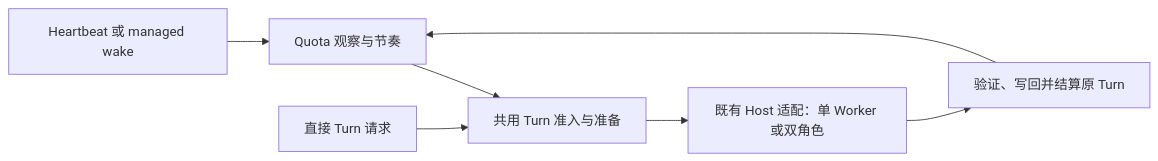
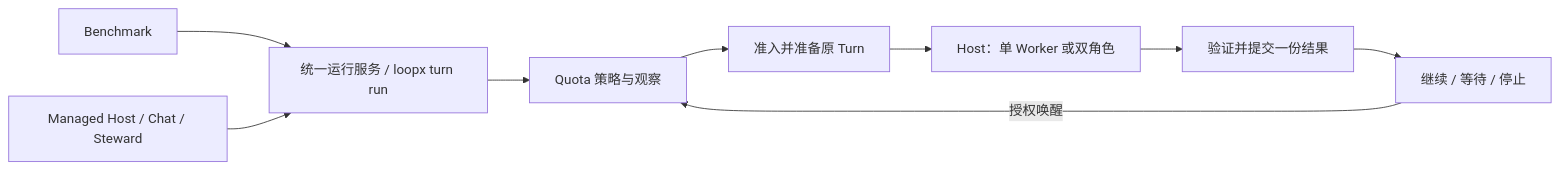
One commit to loopx-project/loopx changed the ninth of 10 diagrams in docs/architecture/rfcs/controller-executor-unified-contract-v0.zh-CN.md. Above: the diagram before and after it, drawn with Mermaid. The commit also changed other lines of this file and 4 other files, not shown here.

````diff
--- a/docs/architecture/rfcs/controller-executor-unified-contract-v0.zh-CN.md
+++ b/docs/architecture/rfcs/controller-executor-unified-contract-v0.zh-CN.md
@@ -875,9 +882,11 @@
 ```mermaid
 flowchart LR
-  H[Heartbeat 或 managed wake] --> O[Quota 观察与节奏]
-  O --> A[共用 Turn 准入与准备]
-  D[直接 Turn 请求] --> A
-  A --> X[既有 Host 适配：单 Worker 或双角色]
-  X --> V[验证、写回并结算原 Turn]
-  V --> O
+  B[Benchmark] --> R[统一运行服务 / loopx turn run]
+  P[Managed Host / Chat / Steward] --> R
+  R --> Q[Quota 策略与观察]
+  Q --> A[准入并准备原 Turn]
+  A --> X[Host：单 Worker 或双角色]
+  X --> V[验证并提交一份结果]
+  V --> W[继续 / 等待 / 停止]
+  W -->|授权唤醒| Q
 ```
````
